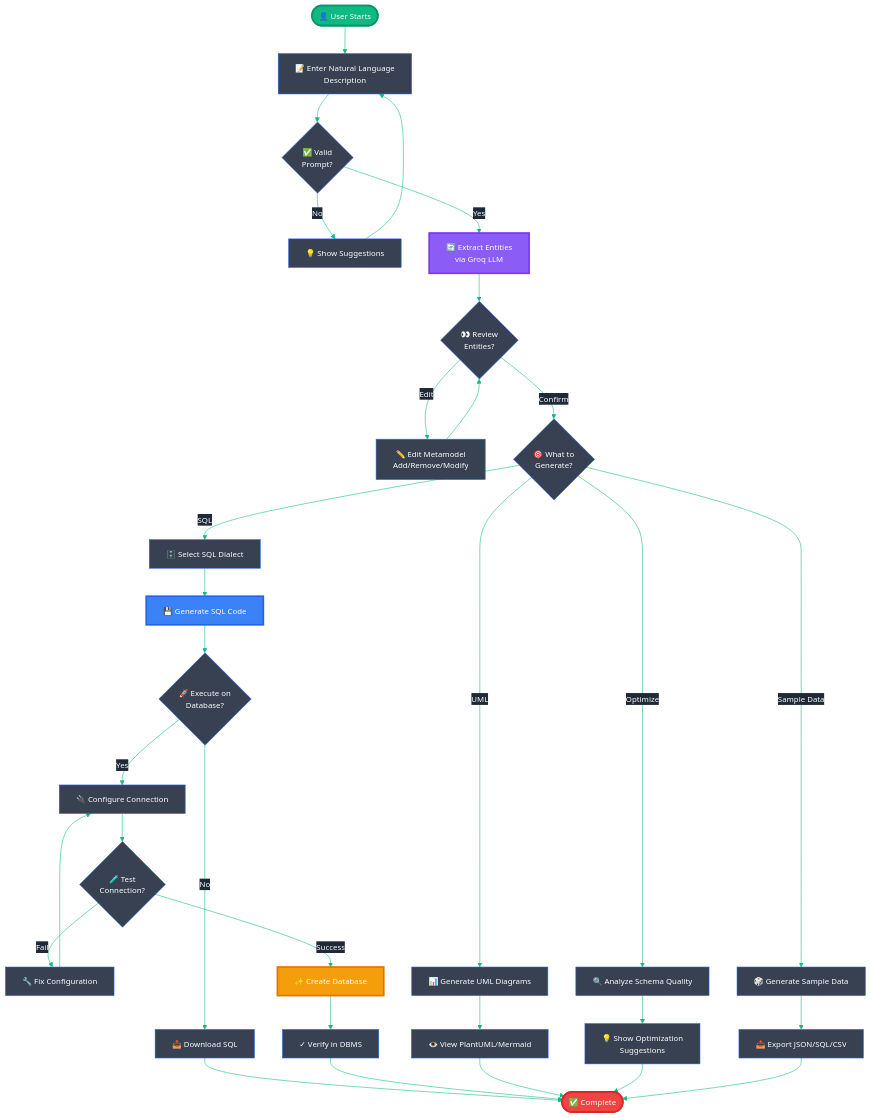
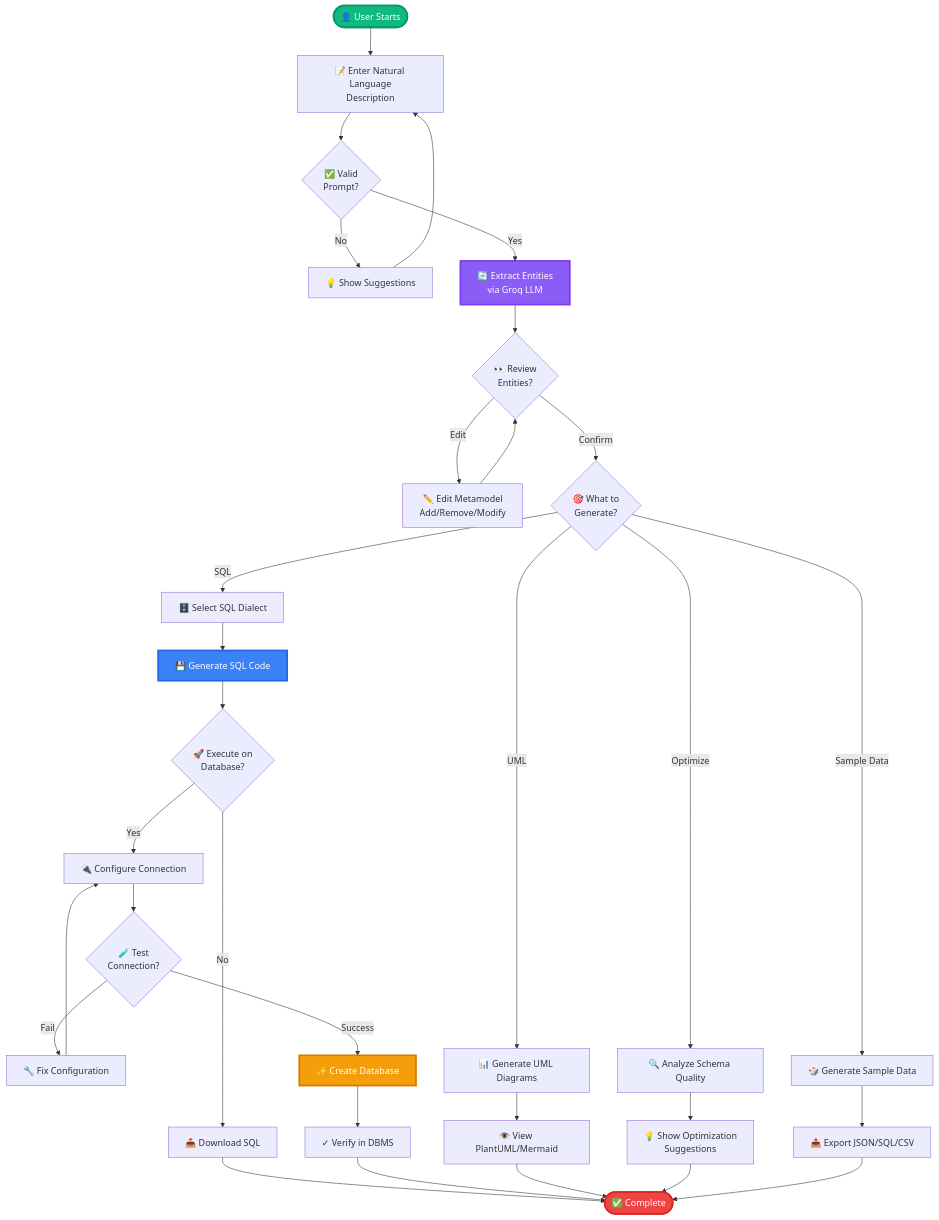
The tenth of 10 diagrams in README.md (yousef-elgarch1/NL2SQL-Designer-), drawn with Mermaid before and after one commit. The commit also changed other lines of this file, not shown here.

````diff
--- a/README.md
+++ b/README.md
@@ -713,45 +712,45 @@
 ```mermaid
-%%{init: {'theme':'base', 'themeVariables': { 'primaryColor':'#3b82f6','primaryTextColor':'#fff','primaryBorderColor':'#2563eb','lineColor':'#10b981','secondaryColor':'#8b5cf6','tertiaryColor':'#f59e0b','background':'#1f2937','mainBkg':'#374151','secondBkg':'#4b5563','textColor':'#f3f4f6','fontSize':'14px','edgeLabelBackground':'#1f2937'}}}%%
+
 graph TD
     Start([👤 User Starts]) --> Input[📝 Enter Natural Language<br/>Description]
     Input --> Validate{✅ Valid<br/>Prompt?}
     Validate -->|No| Suggestions[💡 Show Suggestions]
     Suggestions --> Input
     Validate -->|Yes| Extract[🔄 Extract Entities<br/>via Groq LLM]
     Extract --> Review{👀 Review<br/>Entities?}
     Review -->|Edit| EditModel[✏️ Edit Metamodel<br/>Add/Remove/Modify]
     EditModel --> Review
     Review -->|Confirm| Choice{🎯 What to<br/>Generate?}
 
     Choice -->|SQL| SelectDialect[🗄️ Select SQL Dialect]
     SelectDialect --> GenSQL[💾 Generate SQL Code]
     GenSQL --> Execute{🚀 Execute on<br/>Database?}
     Execute -->|Yes| ConnectDB[🔌 Configure Connection]
     ConnectDB --> TestConn{🧪 Test<br/>Connection?}
     TestConn -->|Fail| FixConfig[🔧 Fix Configuration]
     FixConfig --> ConnectDB
     TestConn -->|Success| CreateDB[✨ Create Database]
     CreateDB --> Verify[✓ Verify in DBMS]
     Execute -->|No| Download[📥 Download SQL]
 
     Choice -->|UML| GenUML[📊 Generate UML Diagrams]
     GenUML --> ViewDiagram[👁️ View PlantUML/Mermaid]
 
     Choice -->|Optimize| Analyze[🔍 Analyze Schema Quality]
     Analyze --> ShowSuggestions[💡 Show Optimization<br/>Suggestions]
 
     Choice -->|Sample Data| GenData[🎲 Generate Sample Data]
     GenData --> ExportData[📤 Export JSON/SQL/CSV]
 
     Download --> End([✅ Complete])
     Verify --> End
     ViewDiagram --> End
     ShowSuggestions --> End
     ExportData --> End
 
     style Start fill:#10b981,stroke:#059669,stroke-width:3px,color:#fff
     style End fill:#ef4444,stroke:#dc2626,stroke-width:3px,color:#fff
     style Extract fill:#8b5cf6,stroke:#7c3aed,stroke-width:3px,color:#fff
     style GenSQL fill:#3b82f6,stroke:#2563eb,stroke-width:3px,color:#fff
     style CreateDB fill:#f59e0b,stroke:#d97706,stroke-width:3px,color:#fff
 ```
````
